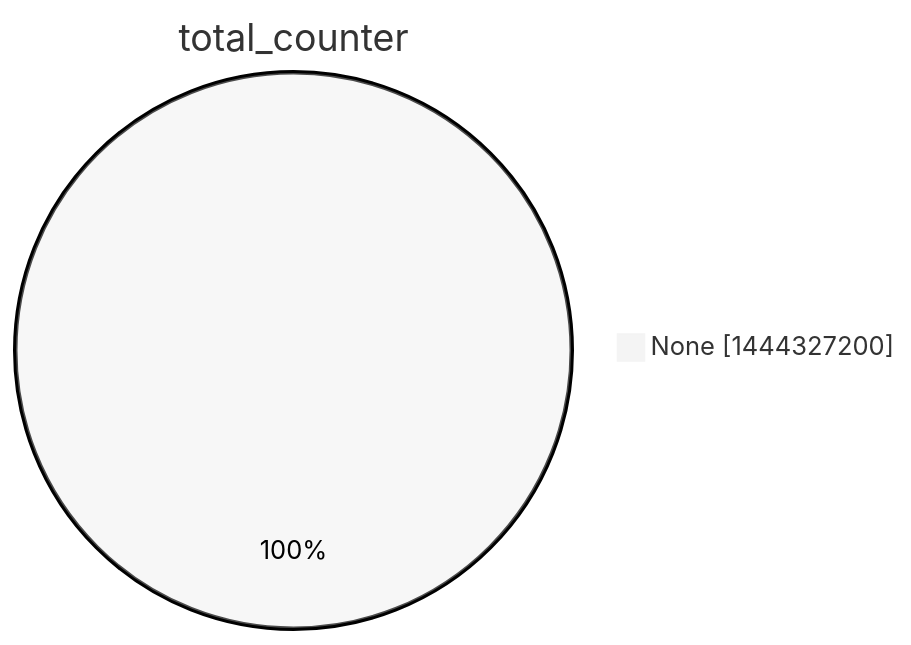
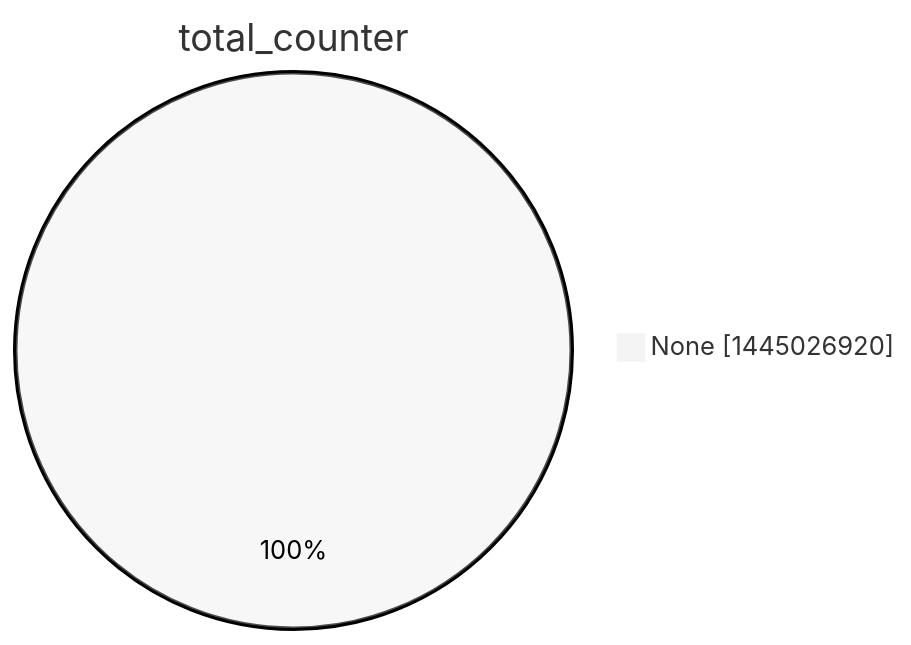
Before and after one commit to christiankrug/ctmonitor_visualization: the second of 15 diagrams in argon2022/README.md, drawn with Mermaid (neutral theme). The commit also changed other lines of this file, not shown here.

````diff
--- a/argon2022/README.md
+++ b/argon2022/README.md
@@ -9,5 +9,5 @@
 ```mermaid
 pie showData
 title total_counter
-"None" :1444327200
+"None" :1445026920
 ```
````
